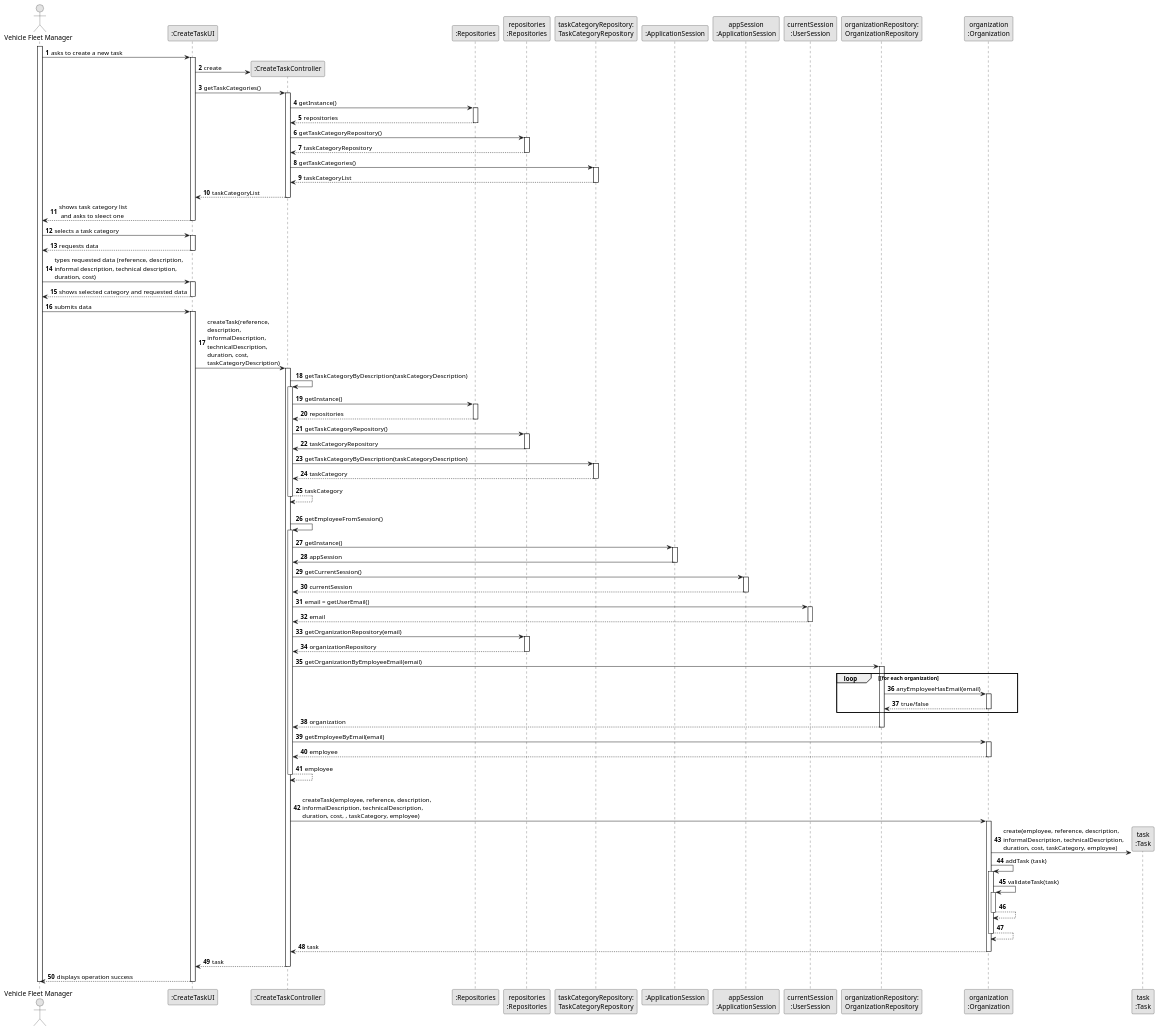
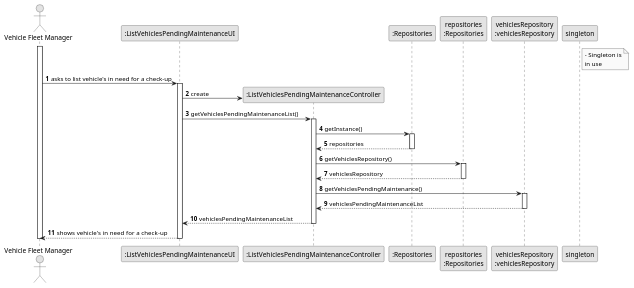
Before and after one commit to Paulo-Pereira-at-ISEP/lei-24-s2-1nanb-g321: the diagram in docs/sprintB/us08/03.design/puml/us08-sequence-diagram-full.puml, drawn with PlantUML. The commit also changed 4 other files, not shown here.

```diff
--- a/docs/sprintB/us08/03.design/puml/us08-sequence-diagram-full.puml
+++ b/docs/sprintB/us08/03.design/puml/us08-sequence-diagram-full.puml
@@ -1,180 +1,60 @@
 @startuml
 skinparam monochrome true
 skinparam packageStyle rectangle
 skinparam shadowing false
 
 autonumber
 
 'hide footbox
 actor "Vehicle Fleet Manager" as ADM
-participant ":CreateTaskUI" as UI
-participant ":CreateTaskController" as CTRL
+participant ":ListVehiclesPendingMaintenanceUI" as UI
+participant ":ListVehiclesPendingMaintenanceController" as CTRL
 participant ":Repositories" as RepositorySingleton
 participant "repositories\n:Repositories" as PLAT
-participant "taskCategoryRepository:\nTaskCategoryRepository" as TaskCategoryRepository
-participant ":ApplicationSession" as _APP
-participant "appSession\n:ApplicationSession" as APP
-participant "currentSession\n:UserSession" as SESSAO
-participant "organizationRepository:\nOrganizationRepository" as OrganizationRepository
-participant "organization\n:Organization" as ORG
-participant "task\n:Task" as TAREFA
+participant "vehiclesRepository\n:vehiclesRepository" as VehiclesRepository
+
+note right of singleton
+    - Singleton is
+    in use
+end note
 
 activate ADM
 
-        ADM -> UI : asks to create a new task
+        ADM -> UI :asks to list vehicle's in need for a check-up
 
         activate UI
 
 '            UI --> ADM : requests data (reference, description,  informal \n description, technical description, duration, cost)
             'create CTRL
             UI -> CTRL** : create
 
-            UI -> CTRL : getTaskCategories()
+            UI -> CTRL : getVehiclesPendingMaintenanceList()
             activate CTRL
 
                 CTRL -> RepositorySingleton : getInstance()
                 activate RepositorySingleton
 
                     RepositorySingleton --> CTRL: repositories
                 deactivate RepositorySingleton
 
-                CTRL -> PLAT : getTaskCategoryRepository()
+                CTRL -> PLAT : getVehiclesRepository()
                 activate PLAT
 
-                    PLAT --> CTRL: taskCategoryRepository
+                    PLAT --> CTRL: vehiclesRepository
                 deactivate PLAT
 
-                CTRL -> TaskCategoryRepository : getTaskCategories()
-                activate TaskCategoryRepository
+                CTRL -> VehiclesRepository : getVehiclesPendingMaintenance()
+                activate VehiclesRepository
 
-                    TaskCategoryRepository --> CTRL : taskCategoryList
-                deactivate TaskCategoryRepository
+                    VehiclesRepository --> CTRL : vehiclesPendingMaintenanceList
+                deactivate VehiclesRepository
 
-                CTRL --> UI : taskCategoryList
+                CTRL --> UI : vehiclesPendingMaintenanceList
             deactivate CTRL
 
-            UI --> ADM : shows task category list\n and asks to sleect one
+            UI --> ADM : shows  vehicle's in need for a check-up
         deactivate UI
-
-    ADM -> UI : selects a task category
-    activate UI
-
-        UI --> ADM : requests data
-    deactivate UI
-
-    ADM -> UI : types requested data (reference, description, \ninformal description, technical description,\nduration, cost)
-    activate UI
-
-        UI --> ADM : shows selected category and requested data
-    deactivate UI
-
-    ADM -> UI : submits data
-    activate UI
-
-        UI -> CTRL : createTask(reference,\ndescription,\ninformalDescription,\ntechnicalDescription,\nduration, cost,\ntaskCategoryDescription)
-        activate CTRL
-
-            CTRL -> CTRL : getTaskCategoryByDescription(taskCategoryDescription)
-            activate CTRL
-
-                CTRL -> RepositorySingleton : getInstance()
-                activate RepositorySingleton
-
-                    RepositorySingleton --> CTRL: repositories
-                deactivate RepositorySingleton
-
-                CTRL -> PLAT : getTaskCategoryRepository()
-                activate PLAT
-
-                    PLAT -> CTRL : taskCategoryRepository
-                deactivate PLAT
-
-                CTRL -> TaskCategoryRepository : getTaskCategoryByDescription(taskCategoryDescription)
-                activate TaskCategoryRepository
-
-                    TaskCategoryRepository --> CTRL : taskCategory
-                deactivate TaskCategoryRepository
-                    CTRL --> CTRL : taskCategory
-            deactivate CTRL
-
-            |||
-            CTRL -> CTRL : getEmployeeFromSession()
-            activate CTRL
-
-                CTRL -> _APP: getInstance()
-                activate _APP
-                    _APP -> CTRL: appSession
-                deactivate _APP
-
-
-                CTRL -> APP: getCurrentSession()
-                activate APP
-
-                    APP --> CTRL: currentSession
-                deactivate APP
-
-                CTRL -> SESSAO: email = getUserEmail()
-                activate SESSAO
-
-                    SESSAO --> CTRL: email
-                deactivate SESSAO
-
-
-                CTRL -> PLAT: getOrganizationRepository(email)
-                activate PLAT
-
-                    PLAT --> CTRL: organizationRepository
-                deactivate PLAT
-
-
-                CTRL -> OrganizationRepository: getOrganizationByEmployeeEmail(email)
-                activate OrganizationRepository
-
-                    loop [for each organization
-                        OrganizationRepository -> ORG : anyEmployeeHasEmail(email)
-                        activate ORG
-
-                             ORG --> OrganizationRepository : true/false
-                        deactivate ORG
-                    end
-                    OrganizationRepository --> CTRL : organization
-                deactivate OrganizationRepository
-
-                CTRL -> ORG: getEmployeeByEmail(email)
-                activate ORG
-
-                    ORG --> CTRL : employee
-                deactivate ORG
-
-                CTRL --> CTRL : employee
-            deactivate CTRL
-
-            |||
-            CTRL -> ORG: createTask(employee, reference, description,\ninformalDescription, technicalDescription,\nduration, cost, , taskCategory, employee)
-            activate ORG
-
-                ORG -> TAREFA**: create(employee, reference, description,\ninformalDescription, technicalDescription,\nduration, cost, taskCategory, employee)
-                ORG -> ORG: addTask (task)
-
-
-                activate ORG
-                    ORG -> ORG: validateTask(task)
-                    activate ORG
-                        ORG --> ORG
-                    deactivate ORG
-
-                    ORG --> ORG
-                deactivate ORG
-
-                ORG --> CTRL : task
-
-            deactivate ORG
-
-            CTRL --> UI: task
-            deactivate CTRL
-            UI --> ADM: displays operation success
-    deactivate UI
 
 deactivate ADM
 
 @enduml
```
